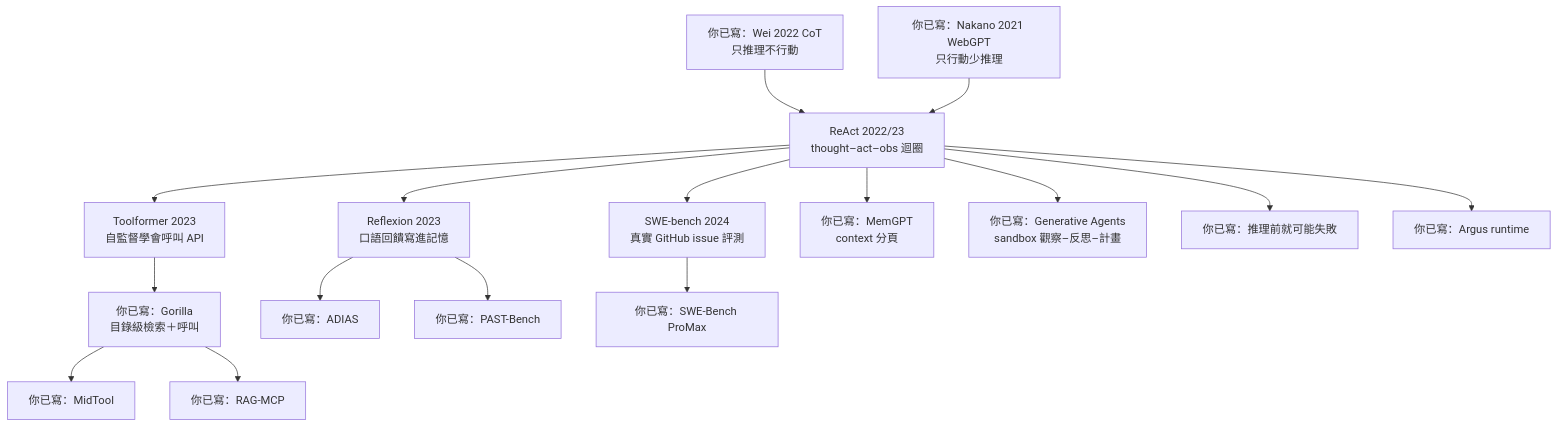
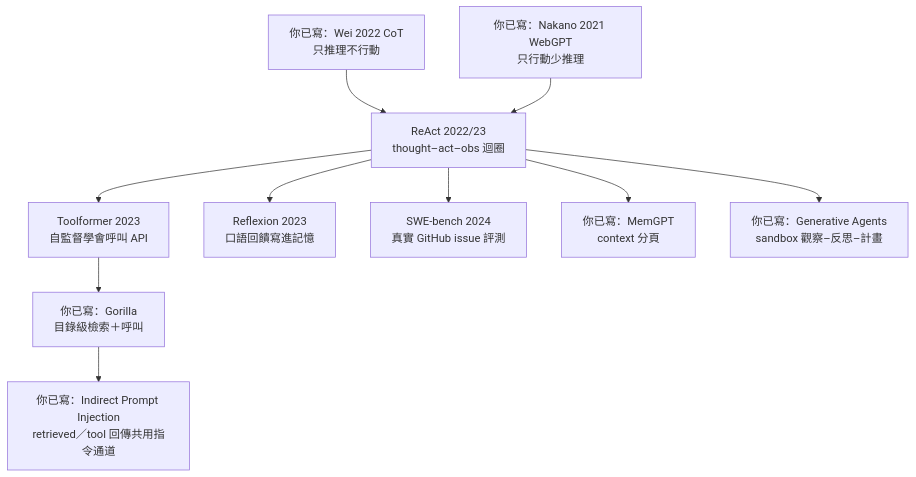
Before and after one commit to poirotw66/poirotw66.github.io: the diagram in src/content/blog/91-agent-method-foundation-reading-map.md, drawn with Mermaid. The commit also changed other lines of this file and 1 other file, not shown here.

````diff
--- a/src/content/blog/91-agent-method-foundation-reading-map.md
+++ b/src/content/blog/91-agent-method-foundation-reading-map.md
@@ -45,20 +46,14 @@
 ```mermaid
 flowchart TB
   CoT["你已寫：Wei 2022 CoT<br/>只推理不行動"]
   WebGPT["你已寫：Nakano 2021 WebGPT<br/>只行動少推理"]
   CoT --> ReAct["ReAct 2022/23<br/>thought–act–obs 迴圈"]
   WebGPT --> ReAct
   ReAct --> Toolformer["Toolformer 2023<br/>自監督學會呼叫 API"]
   ReAct --> Reflexion["Reflexion 2023<br/>口語回饋寫進記憶"]
   ReAct --> SWEb["SWE-bench 2024<br/>真實 GitHub issue 評測"]
   ReAct --> MemGPT["你已寫：MemGPT<br/>context 分頁"]
   ReAct --> GenAgents["你已寫：Generative Agents<br/>sandbox 觀察–反思–計畫"]
   Toolformer --> Gorilla["你已寫：Gorilla<br/>目錄級檢索＋呼叫"]
-  Gorilla --> MidTool["你已寫：MidTool"]
-  Gorilla --> RAGMCP["你已寫：RAG-MCP"]
-  Reflexion --> ADIAS["你已寫：ADIAS"]
-  Reflexion --> PAST["你已寫：PAST-Bench"]
-  SWEb --> ProMax["你已寫：SWE-Bench ProMax"]
-  ReAct --> ReadGate["你已寫：推理前就可能失敗"]
-  ReAct --> Argus["你已寫：Argus runtime"]
+  Gorilla --> IPI["你已寫：Indirect Prompt Injection<br/>retrieved／tool 回傳共用指令通道"]
 ```
````
